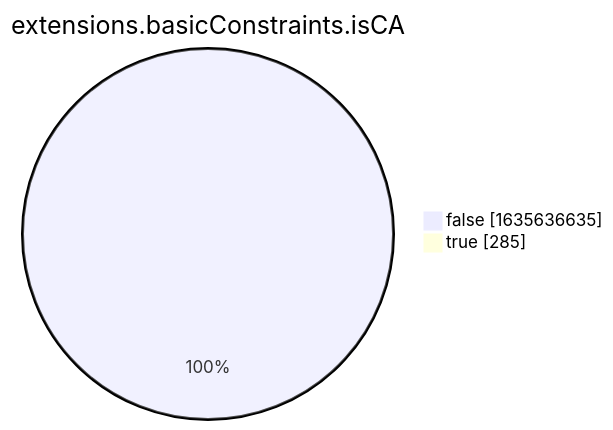
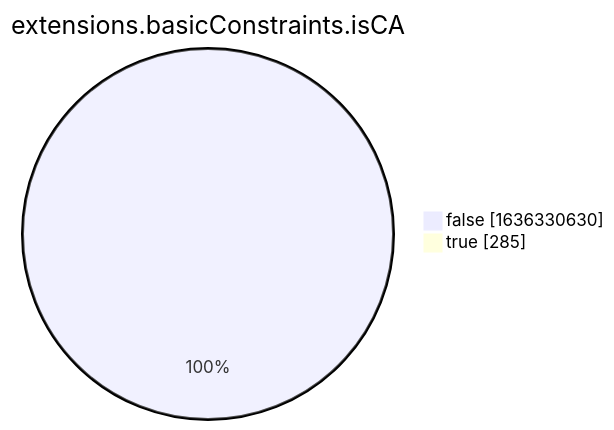
Before and after one commit to christiankrug/ctmonitor_visualization: the eighth of 15 diagrams in xenon2022/README.md, drawn with Mermaid. The commit also changed other lines of this file, not shown here.

````diff
--- a/xenon2022/README.md
+++ b/xenon2022/README.md
@@ -2863,6 +2863,6 @@
 ```mermaid
 pie showData
 title extensions.basicConstraints.isCA
-"false" :1635636635
+"false" :1636330630
 "true" :285
 ```
````
